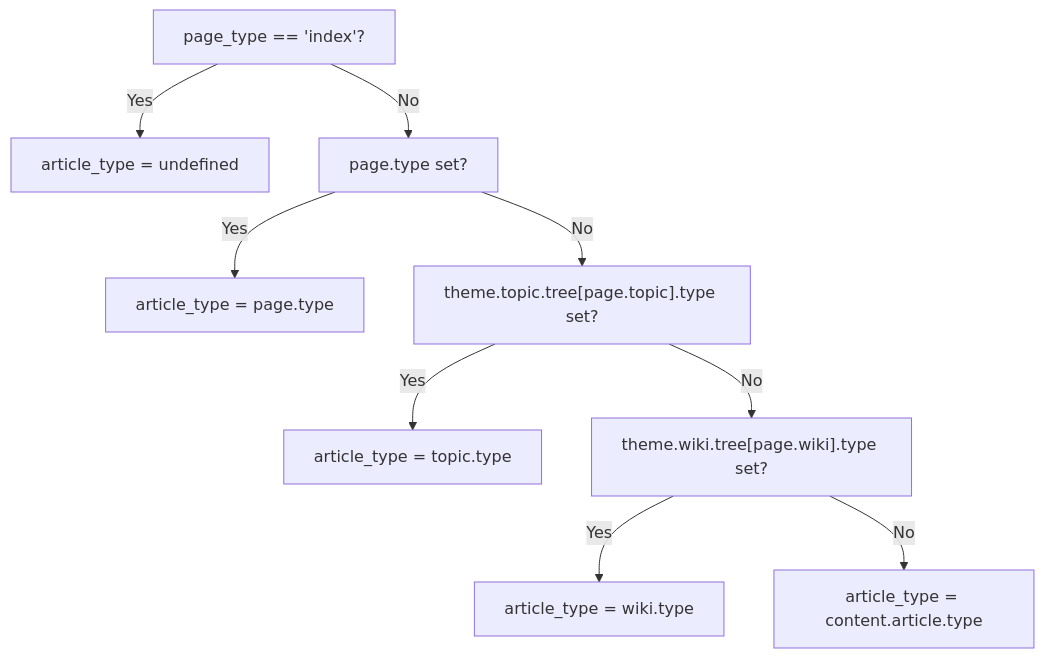
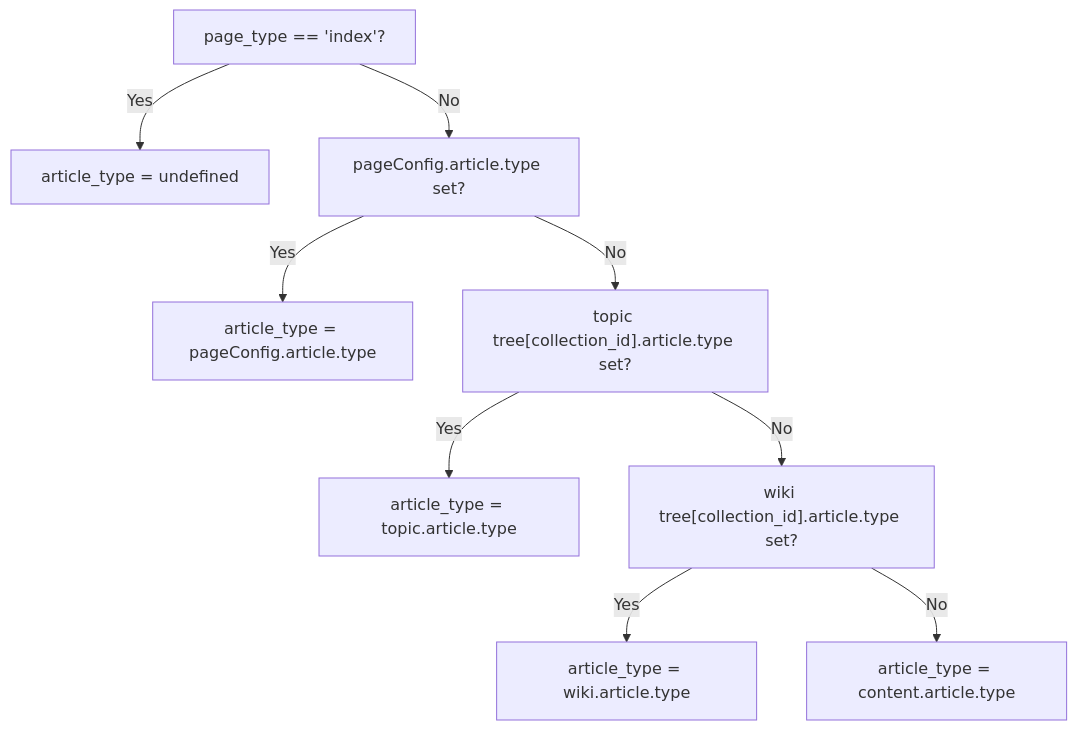
The third of 5 diagrams in docs/knowledge/02-布局系统/page-templates-routing.md (xaoxuu/hexo-theme-stellar), drawn with Mermaid before and after one commit. The commit also changed other lines of this file and 101 other files, not shown here.

````diff
--- a/docs/knowledge/02-布局系统/page-templates-routing.md
+++ b/docs/knowledge/02-布局系统/page-templates-routing.md
@@ -126,11 +126,11 @@
 ```mermaid
 flowchart TD
     A["page_type == 'index'?"] -->|Yes| B["article_type = undefined"]
-    A -->|No| C["page.type set?"]
-    C -->|Yes| D["article_type = page.type"]
-    C -->|No| E["theme.topic.tree[page.topic].type set?"]
-    E -->|Yes| F["article_type = topic.type"]
-    E -->|No| G["theme.wiki.tree[page.wiki].type set?"]
-    G -->|Yes| H["article_type = wiki.type"]
+    A -->|No| C["pageConfig.article.type set?"]
+    C -->|Yes| D["article_type = pageConfig.article.type"]
+    C -->|No| E["topic tree[collection_id].article.type set?"]
+    E -->|Yes| F["article_type = topic.article.type"]
+    E -->|No| G["wiki tree[collection_id].article.type set?"]
+    G -->|Yes| H["article_type = wiki.article.type"]
     G -->|No| I["article_type = content.article.type"]
 ```
````
